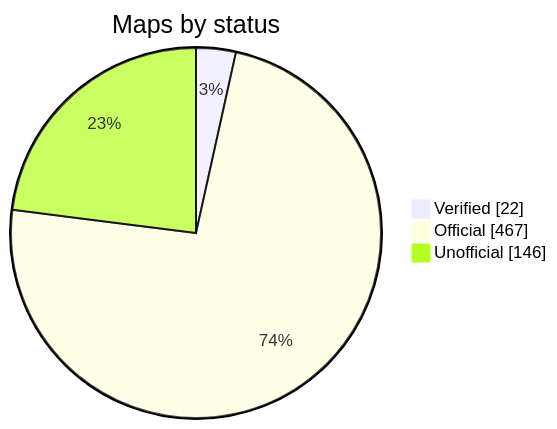
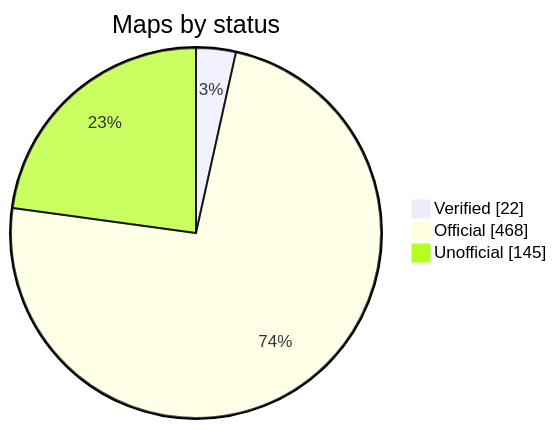
One commit to nobrega8/mbmap-library changed the diagram in README.md. Above: the diagram before and after it, drawn with Mermaid. The commit also changed 6 other files, not shown here.

````diff
--- a/README.md
+++ b/README.md
@@ -52,7 +52,7 @@
 ```mermaid
 pie showData
     title Maps by status
     "Verified" : 22
-    "Official" : 467
-    "Unofficial" : 146
+    "Official" : 468
+    "Unofficial" : 145
 ```
````
